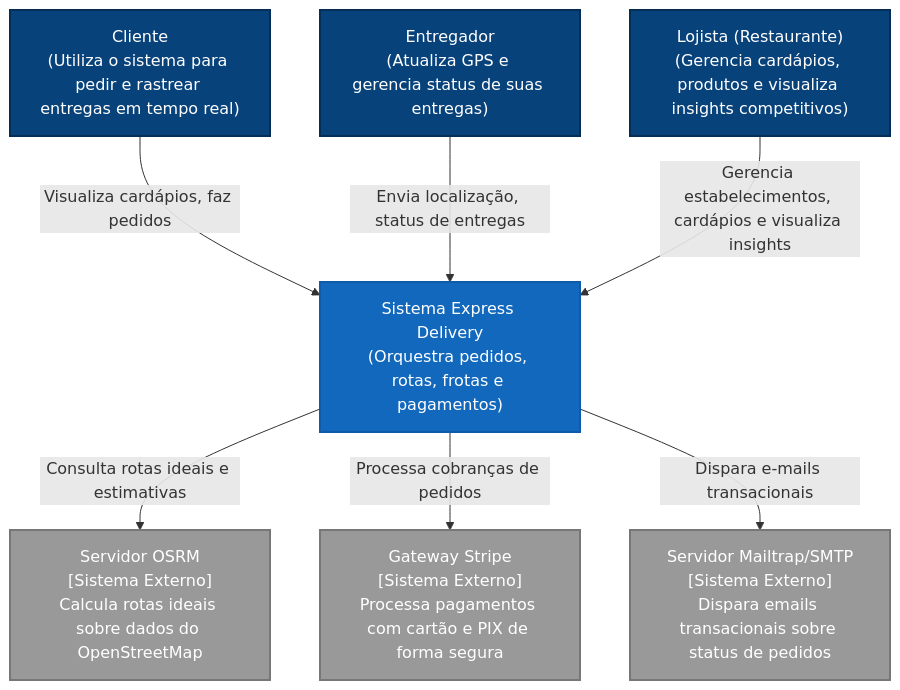
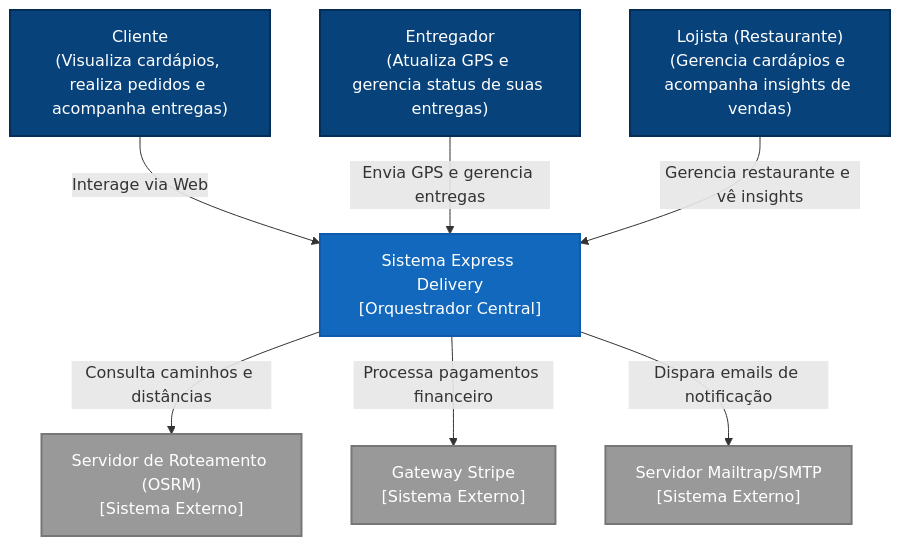
The first of 3 diagrams in README.md (arthurair3s/arquitetura-de-software), drawn with Mermaid before and after one commit. The commit also changed other lines of this file, not shown here.

Commit message:
atualiza diagramas c4 do readme com cores e layout aprimorados

````diff
--- a/README.md
+++ b/README.md
@@ -14,26 +14,26 @@
 ```mermaid
 graph TD
-    %% Estilos de Elemento C4
-    classDef person fill:#08427b,stroke:#052e56,stroke-width:2px,color:#ffffff;
-    classDef system fill:#1168bd,stroke:#0e5aab,stroke-width:2px,color:#ffffff;
-    classDef ext fill:#999999,stroke:#777777,stroke-width:2px,color:#ffffff;
+    %% Styling
+    classDef person fill:#08427b,stroke:#052e56,stroke-width:2px,color:#fff;
+    classDef system fill:#1168bd,stroke:#0e5aab,stroke-width:2px,color:#fff;
+    classDef ext fill:#999999,stroke:#777777,stroke-width:2px,color:#fff;
 
-    cliente["Cliente<br/>(Utiliza o sistema para pedir e rastrear entregas em tempo real)"]
-    entregador["Entregador<br/>(Atualiza GPS e gerencia status de suas entregas)"]
-    lojista["Lojista (Restaurante)<br/>(Gerencia cardápios, produtos e visualiza insights competitivos)"]
-    express_delivery["Sistema Express Delivery<br/>(Orquestra pedidos, rotas, frotas e pagamentos)"]
-    osrm_server["Servidor OSRM<br/>[Sistema Externo]<br/>Calcula rotas ideais sobre dados do OpenStreetMap"]
-    stripe["Gateway Stripe<br/>[Sistema Externo]<br/>Processa pagamentos com cartão e PIX de forma segura"]
-    mailtrap["Servidor Mailtrap/SMTP<br/>[Sistema Externo]<br/>Dispara emails transacionais sobre status de pedidos"]
+    %% Elements
+    cliente["Cliente<br>(Visualiza cardápios, realiza pedidos e acompanha entregas)"]:::person
+    entregador["Entregador<br>(Atualiza GPS e gerencia status de suas entregas)"]:::person
+    lojista["Lojista (Restaurante)<br>(Gerencia cardápios e acompanha insights de vendas)"]:::person
 
-    cliente -->|Visualiza cardápios, faz pedidos| express_delivery
-    entregador -->|Envia localização, status de entregas| express_delivery
-    lojista -->|Gerencia estabelecimentos, cardápios e visualiza insights| express_delivery
-    express_delivery -->|Consulta rotas ideais e estimativas| osrm_server
-    express_delivery -->|Processa cobranças de pedidos| stripe
-    express_delivery -->|Dispara e-mails transacionais| mailtrap
+    sys["Sistema Express Delivery<br>[Orquestrador Central]"]:::system
 
-    class cliente,entregador,lojista person;
-    class express_delivery system;
-    class osrm_server,stripe,mailtrap ext;
+    osrm["Servidor de Roteamento (OSRM)<br>[Sistema Externo]"]:::ext
+    stripe["Gateway Stripe<br>[Sistema Externo]"]:::ext
+    mailtrap["Servidor Mailtrap/SMTP<br>[Sistema Externo]"]:::ext
+
+    %% Relations
+    cliente -->|Interage via Web| sys
+    entregador -->|Envia GPS e gerencia entregas| sys
+    lojista -->|Gerencia restaurante e vê insights| sys
+    sys -->|Consulta caminhos e distâncias| osrm
+    sys -->|Processa pagamentos financeiro| stripe
+    sys -->|Dispara emails de notificação| mailtrap
 ```
````
